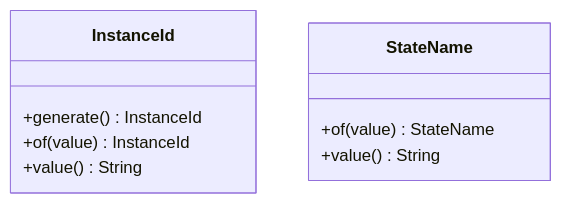
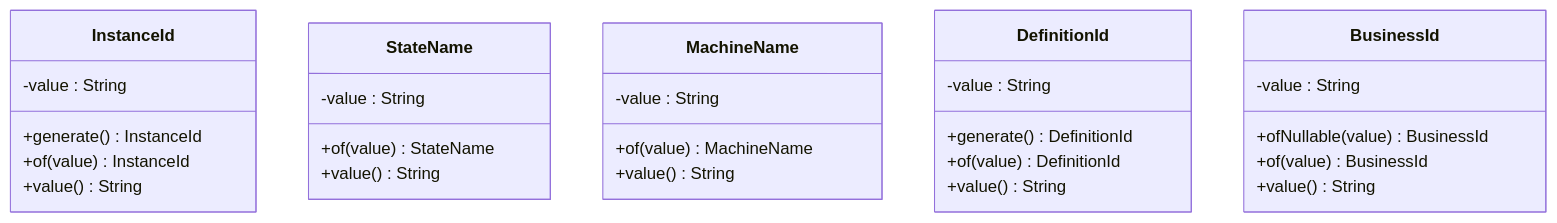
One commit to xiaoche80s-tech/state-machine-parent changed the seventh of 11 diagrams in .qoder/repowiki/zh/content/核心概念/领域驱动设计架构.md. Above: the diagram before and after it, drawn with Mermaid. The commit also changed other lines of this file and 20 other files, not shown here.

````diff
--- a/.qoder/repowiki/zh/content/核心概念/领域驱动设计架构.md
+++ b/.qoder/repowiki/zh/content/核心概念/领域驱动设计架构.md
@@ -250,12 +379,31 @@
 ```mermaid
 classDiagram
 class InstanceId {
+-value : String
 +generate() InstanceId
 +of(value) InstanceId
 +value() String
 }
 class StateName {
+-value : String
 +of(value) StateName
 +value() String
 }
+class MachineName {
+-value : String
++of(value) MachineName
++value() String
+}
+class DefinitionId {
+-value : String
++generate() DefinitionId
++of(value) DefinitionId
++value() String
+}
+class BusinessId {
+-value : String
++ofNullable(value) BusinessId
++of(value) BusinessId
++value() String
+}
 ```
````
